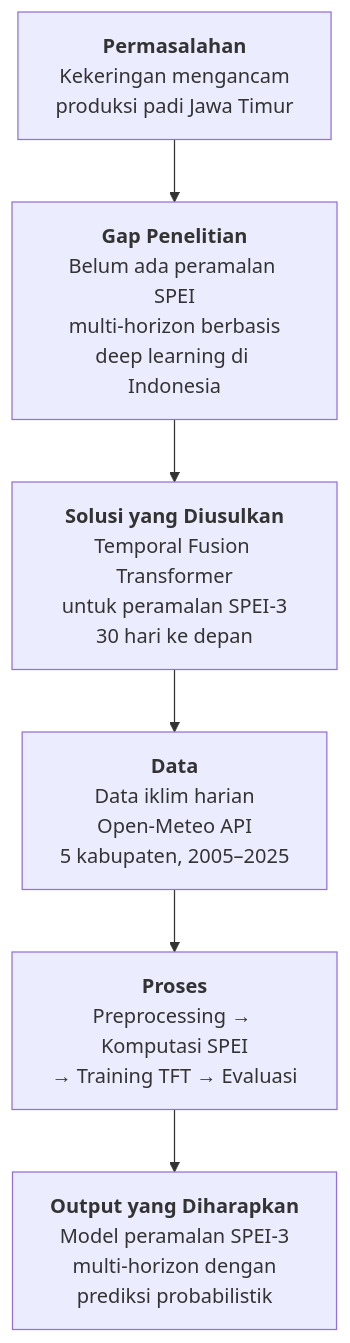
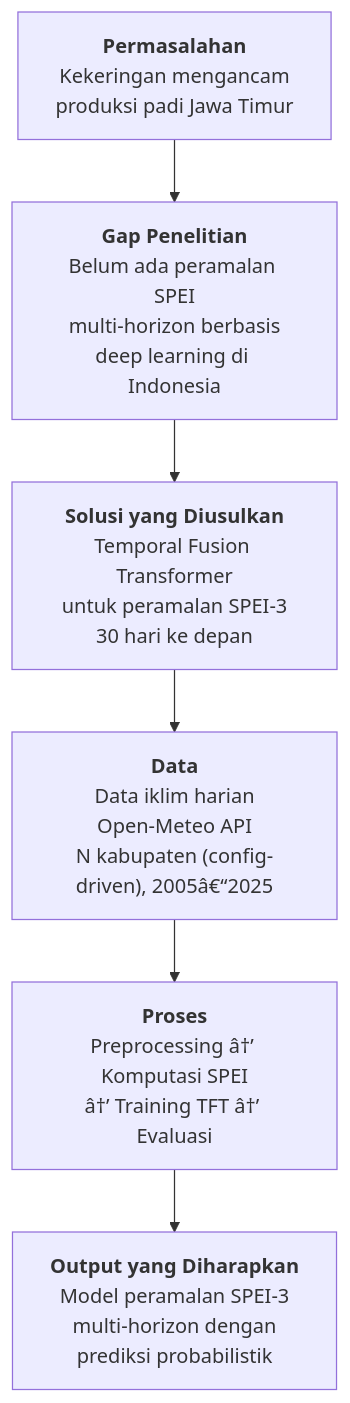
One commit to Vanszs/Skripsi_Nopal_SPEI changed the first of 6 diagrams in docs/PANDUAN_SEMINAR_PROPOSAL.md. Above: the diagram before and after it, drawn with Mermaid. The commit also changed other lines of this file and 28 other files, not shown here.

````diff
--- a/docs/PANDUAN_SEMINAR_PROPOSAL.md
+++ b/docs/PANDUAN_SEMINAR_PROPOSAL.md
@@ -120,8 +120,8 @@
 ```mermaid
 flowchart TD
     A["<b>Permasalahan</b><br/>Kekeringan mengancam<br/>produksi padi Jawa Timur"] --> B["<b>Gap Penelitian</b><br/>Belum ada peramalan SPEI<br/>multi-horizon berbasis<br/>deep learning di Indonesia"]
     B --> C["<b>Solusi yang Diusulkan</b><br/>Temporal Fusion Transformer<br/>untuk peramalan SPEI-3<br/>30 hari ke depan"]
-    C --> D["<b>Data</b><br/>Data iklim harian<br/>Open-Meteo API<br/>5 kabupaten, 2005–2025"]
-    D --> E["<b>Proses</b><br/>Preprocessing → Komputasi SPEI<br/>→ Training TFT → Evaluasi"]
+    C --> D["<b>Data</b><br/>Data iklim harian<br/>Open-Meteo API<br/>N kabupaten (config-driven), 2005â€“2025"]
+    D --> E["<b>Proses</b><br/>Preprocessing â†’ Komputasi SPEI<br/>â†’ Training TFT â†’ Evaluasi"]
     E --> F["<b>Output yang Diharapkan</b><br/>Model peramalan SPEI-3<br/>multi-horizon dengan<br/>prediksi probabilistik"]
 ```
````
